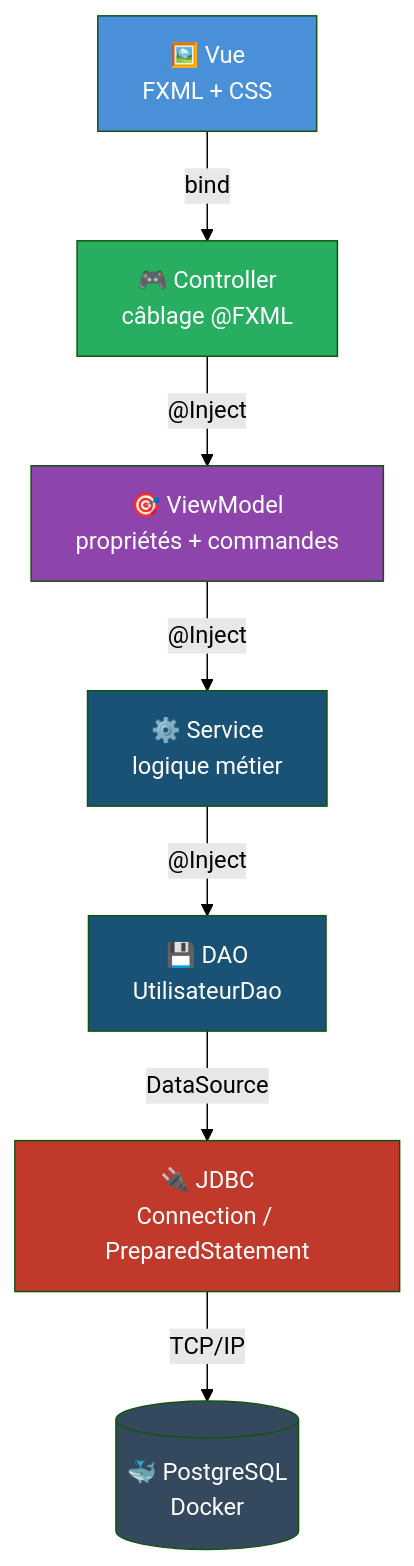
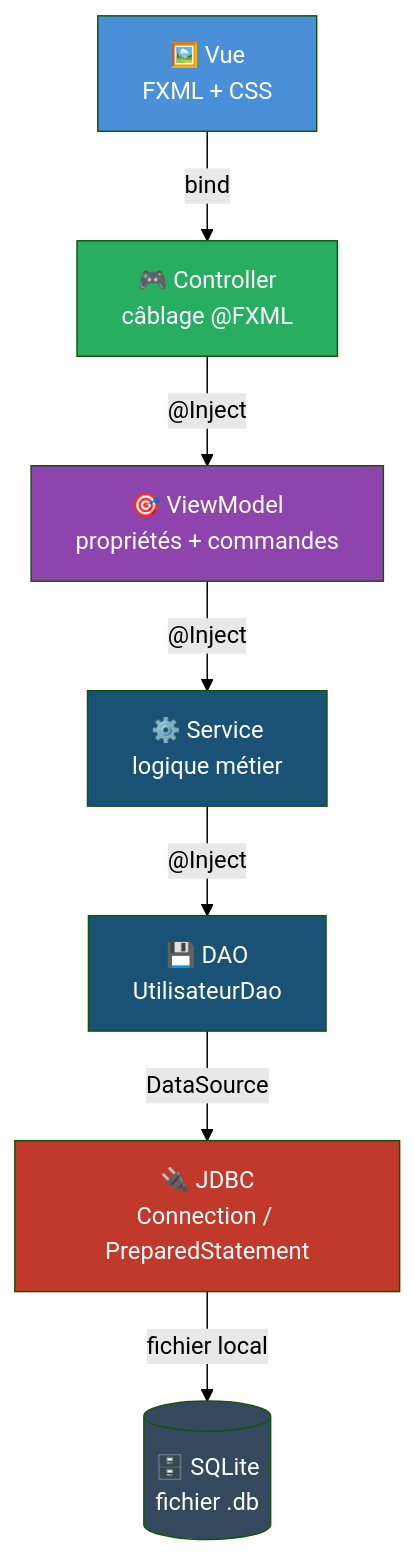
Before and after one commit to IUTInfoAix-R202/cours: the diagram in scripts/kroki-sources/cm4-architecture-complete.mmd, drawn with Mermaid (forest theme). The commit also changed 2 other files, not shown here.

Commit message:
style(cm4): harmonisation typo cards persistance + finalisation bascule SQLite
- Cards bleu marine "Trois familles" et "Trois niveaux d'API" passent
  à 1.5rem (titre) / 1.3rem (corps), cohérent avec le reste du CM.
- Niveau d'API : "bas/intermédiaire/haut niveau" sorti du titre,
  reformulé dans le corps avec "Vous écrivez le SQL..." pour rendre
  la promesse pédagogique visible dès la première lecture.
- Exemple JDBC : ajout de l'URL SQLite et retrait de user/pwd.
- HikariCP : retrait setUsername/setPassword, commentaire expliquant
  l'absence d'auth SQLite (PostgreSQL/MySQL renvoyés en aparté).
- Schéma Mermaid : 🐳 PostgreSQL/Docker → 🗄️ SQLite/fichier .db,
  arc "TCP/IP" → "fichier local". SVG régénéré.
- Bandeau de clôture Partie 5 reformulé pour distinguer la couche
  relationnelle (toujours JDBC en interne) du NoSQL (drivers dédiés).

```diff
--- a/scripts/kroki-sources/cm4-architecture-complete.mmd
+++ b/scripts/kroki-sources/cm4-architecture-complete.mmd
@@ -1,23 +1,23 @@
 graph TB
     V[🖼️ Vue<br/>FXML + CSS]
     C[🎮 Controller<br/>câblage @FXML]
     VM[🎯 ViewModel<br/>propriétés + commandes]
     S[⚙️ Service<br/>logique métier]
     DAO[💾 DAO<br/>UtilisateurDao]
     JDBC[🔌 JDBC<br/>Connection / PreparedStatement]
-    DB[(🐳 PostgreSQL<br/>Docker)]
+    DB[(🗄️ SQLite<br/>fichier .db)]
 
     V -->|"bind"| C
     C -->|"@Inject"| VM
     VM -->|"@Inject"| S
     S -->|"@Inject"| DAO
     DAO -->|"DataSource"| JDBC
-    JDBC -->|"TCP/IP"| DB
+    JDBC -->|"fichier local"| DB
 
     style V fill:#4a90d9,color:#fff
     style C fill:#27ae60,color:#fff
     style VM fill:#8e44ad,color:#fff
     style S fill:#1a5276,color:#fff
     style DAO fill:#1a5276,color:#fff
     style JDBC fill:#c0392b,color:#fff
     style DB fill:#34495e,color:#fff
```
